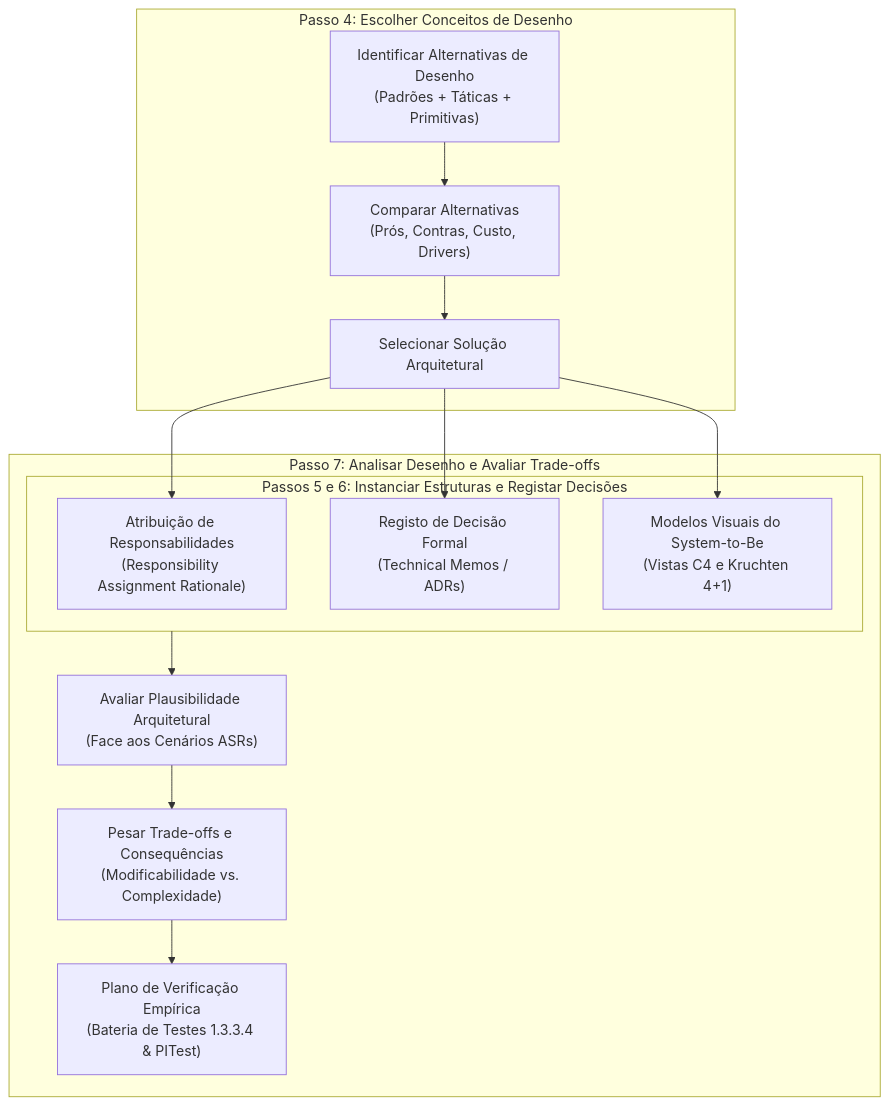
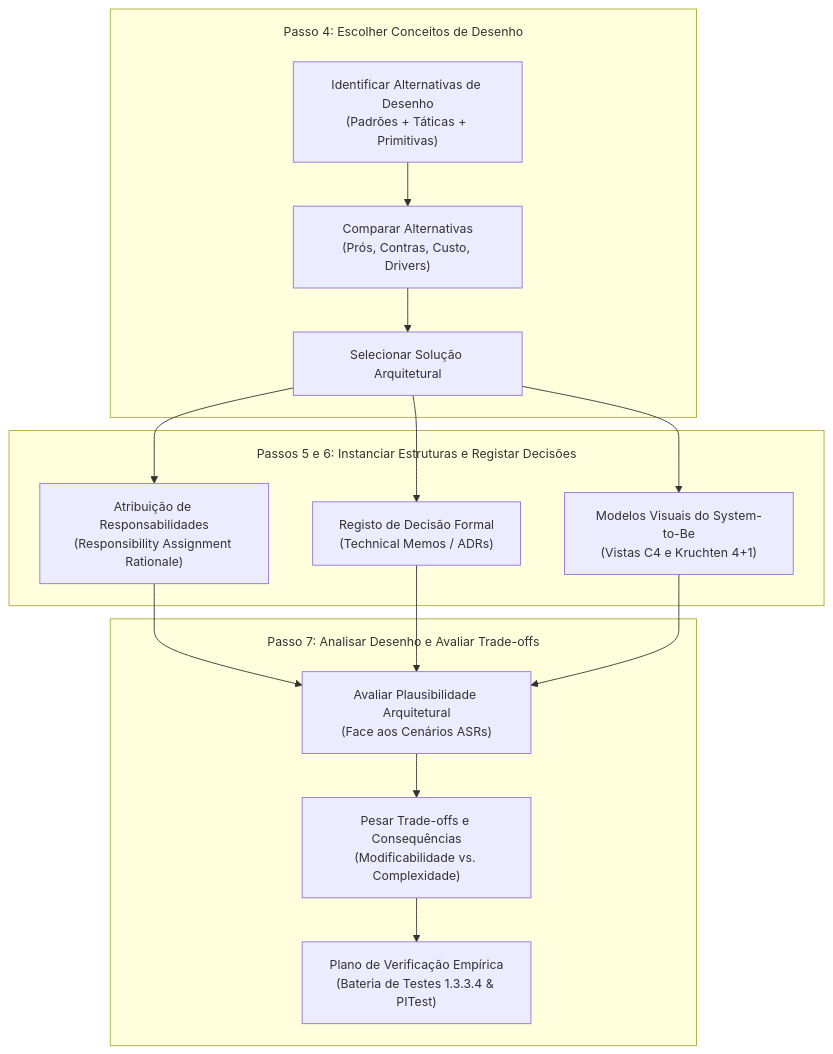
Before and after one commit to RafaelBrandao04/psoft-project-2026-1: the diagram in Docs/ARQSOFT/system-to-be/design-alternatives-and-rationale.md, drawn with Mermaid. The commit also changed other lines of this file and 6 other files, not shown here.

````diff
--- a/Docs/ARQSOFT/system-to-be/design-alternatives-and-rationale.md
+++ b/Docs/ARQSOFT/system-to-be/design-alternatives-and-rationale.md
@@ -7,23 +7,27 @@
 ```mermaid
+%%{init: {'themeVariables': { 'fontSize': '14px' }, 'flowchart': { 'subGraphTitleMargin': { 'top': 15, 'bottom': 20 } } } }%%
 flowchart TD
-    subgraph S4["Passo 4: Escolher Conceitos de Desenho"]
+    subgraph S4["Passo 4: Escolher Conceitos de Desenho<br/><br/>"]
         ALT["Identificar Alternativas de Desenho<br/>(Padrões + Táticas + Primitivas)"]
         COMP["Comparar Alternativas<br/>(Prós, Contras, Custo, Drivers)"]
         DEC["Selecionar Solução Arquitetural"]
         ALT --> COMP --> DEC
     end
 
-    subgraph S5S6["Passos 5 e 6: Instanciar Estruturas e Registar Decisões"]
+    subgraph S5S6["Passos 5 e 6: Instanciar Estruturas e Registar Decisões<br/><br/>"]
         RAR["Atribuição de Responsabilidades<br/>(Responsibility Assignment Rationale)"]
         TM["Registo de Decisão Formal<br/>(Technical Memos / ADRs)"]
         MOD["Modelos Visuais do System-to-Be<br/>(Vistas C4 e Kruchten 4+1)"]
-        DEC --> RAR & TM & MOD
     end
 
-    subgraph S7["Passo 7: Analisar Desenho e Avaliar Trade-offs"]
+    subgraph S7["Passo 7: Analisar Desenho e Avaliar Trade-offs<br/><br/>"]
         PLAUS["Avaliar Plausibilidade Arquitetural<br/>(Face aos Cenários ASRs)"]
         TRADE["Pesar Trade-offs e Consequências<br/>(Modificabilidade vs. Complexidade)"]
         VERIF["Plano de Verificação Empírica<br/>(Bateria de Testes 1.3.3.4 & PITest)"]
-        S5S6 --> PLAUS --> TRADE --> VERIF
+        PLAUS --> TRADE --> VERIF
     end
+
+    %% Transição clara e consistente entre fases:
+    DEC --> RAR & TM & MOD
+    RAR & TM & MOD --> PLAUS
 ```
````
